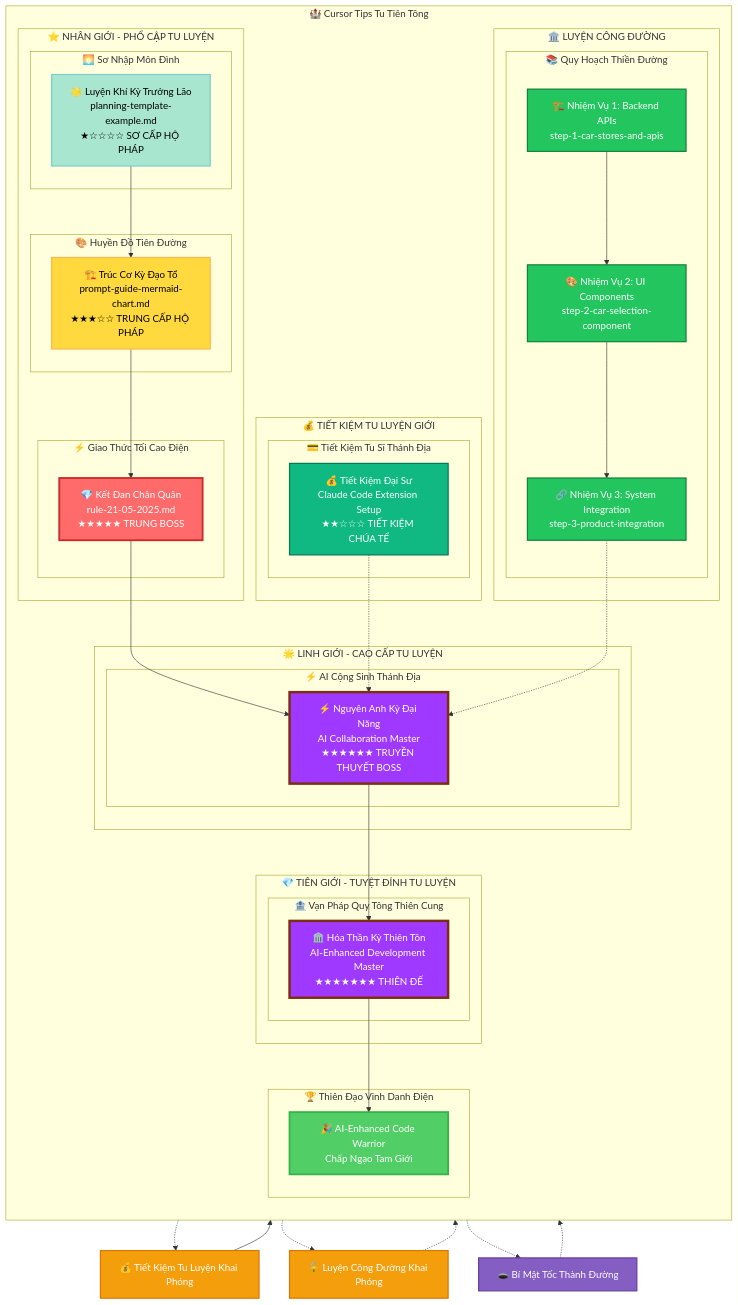
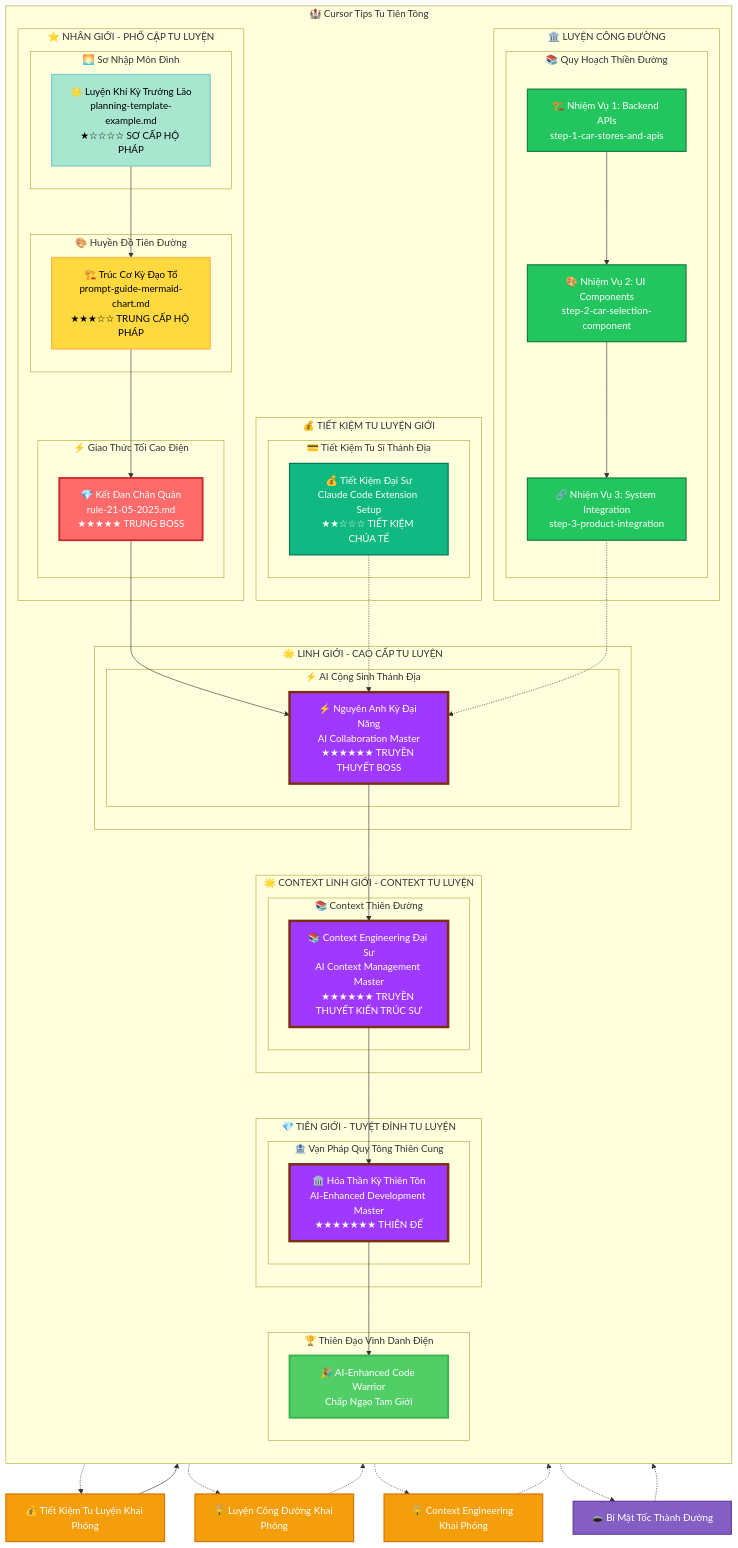
The second of 10 diagrams in README-TUTIEN.md (giang6283623/cursor-tip), drawn with Mermaid before and after one commit. The commit also changed other lines of this file and 4 other files, not shown here.

````diff
--- a/README-TUTIEN.md
+++ b/README-TUTIEN.md
@@ -121,6 +121,12 @@
         subgraph "🌟 LINH GIỚI - CAO CẤP TU LUYỆN"
             subgraph "⚡ AI Cộng Sinh Thánh Địa"
                 MCPBoss[⚡ Nguyên Anh Kỳ Đại Năng<br/>AI Collaboration Master<br/>★★★★★★ TRUYỀN THUYẾT BOSS]
+            end
+        end
+
+        subgraph "🌟 CONTEXT LINH GIỚI - CONTEXT TU LUYỆN"
+            subgraph "📚 Context Thiên Đường"
+                ContextBoss[📚 Context Engineering Đại Sư<br/>AI Context Management Master<br/>★★★★★★ TRUYỀN THUYẾT KIẾN TRÚC SƯ]
             end
         end
 
@@ -152,7 +158,8 @@
     Tutorial --> Charts
     Charts --> Protocol
     Protocol --> MCPBoss
-    MCPBoss --> UltimateBoss
+    MCPBoss --> ContextBoss
+    ContextBoss --> UltimateBoss
     UltimateBoss --> Victory
 
     Protocol -.-> MoneyQuest[💰 Tiết Kiệm Tu Luyện Khai Phóng]
@@ -164,6 +171,9 @@
     Mission1 --> Mission2
     Mission2 --> Mission3
     Mission3 -.-> MCPBoss
+
+    MCPBoss -.-> ContextUnlock[🔓 Context Engineering Khai Phóng]
+    ContextUnlock -.-> ContextBoss
 
     Tutorial -.-> SecretPath[🕳️ Bí Mật Tốc Thành Đường]
     SecretPath -.-> Protocol
@@ -181,10 +191,10 @@
     class Tutorial tutorial
     class Charts intermediate
     class Protocol final
-    class MCPBoss,UltimateBoss legendary
+    class MCPBoss,ContextBoss,UltimateBoss legendary
     class Mission1,Mission2,Mission3 training
     class Victory victory
     class SecretPath secret
-    class TrainingUnlock,MoneyQuest unlock
+    class TrainingUnlock,MoneyQuest,ContextUnlock unlock
     class MoneyBoss money
 ```
````
